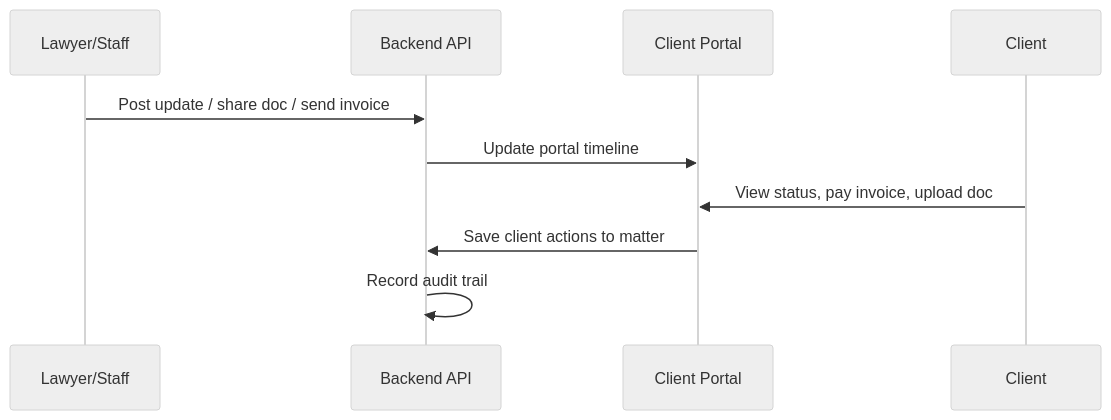
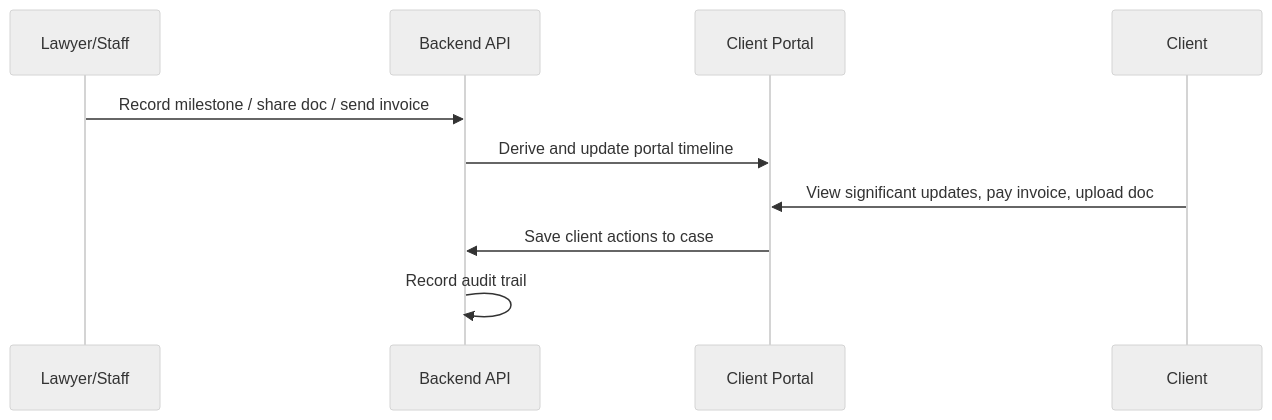
The sixth of 6 diagrams in system.md (gemegah/Legal), drawn with Mermaid (neutral theme) before and after one commit. The commit also changed other lines of this file and 135 other files, not shown here.

````diff
--- a/system.md
+++ b/system.md
@@ -246,13 +246,13 @@
 ```mermaid
 sequenceDiagram
   participant L as Lawyer/Staff
   participant API as Backend API
   participant CP as Client Portal
   participant C as Client
 
-  L->>API: Post update / share doc / send invoice
-  API->>CP: Update portal timeline
-  C->>CP: View status, pay invoice, upload doc
-  CP->>API: Save client actions to matter
+  L->>API: Record milestone / share doc / send invoice
+  API->>CP: Derive and update portal timeline
+  C->>CP: View significant updates, pay invoice, upload doc
+  CP->>API: Save client actions to case
   API->>API: Record audit trail
 ```
````
